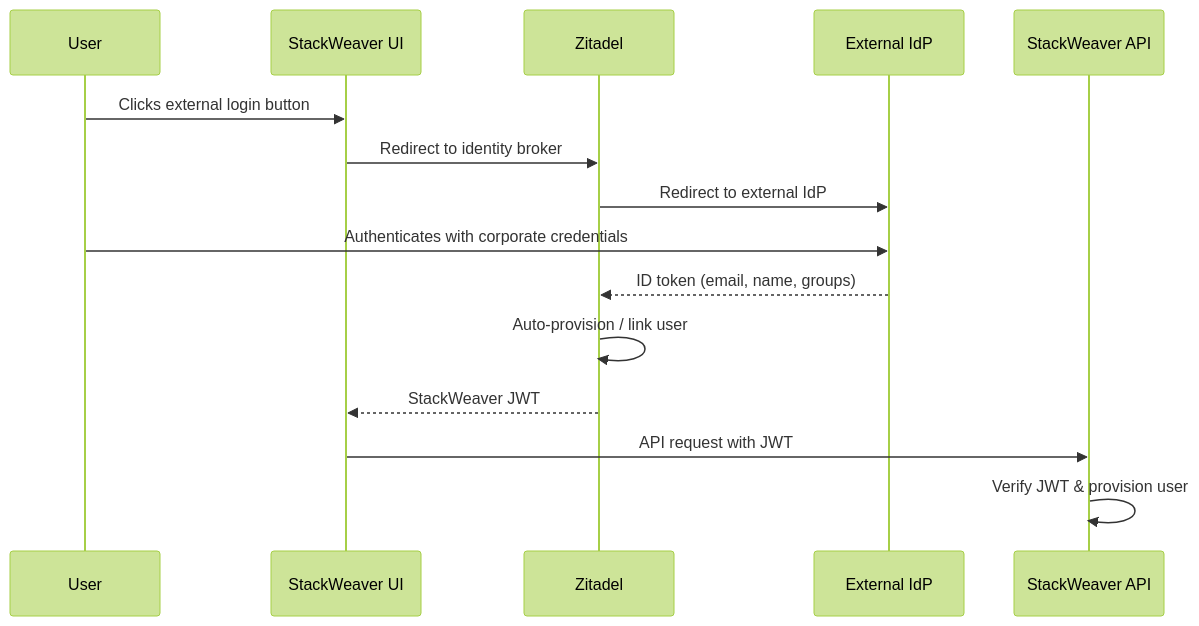
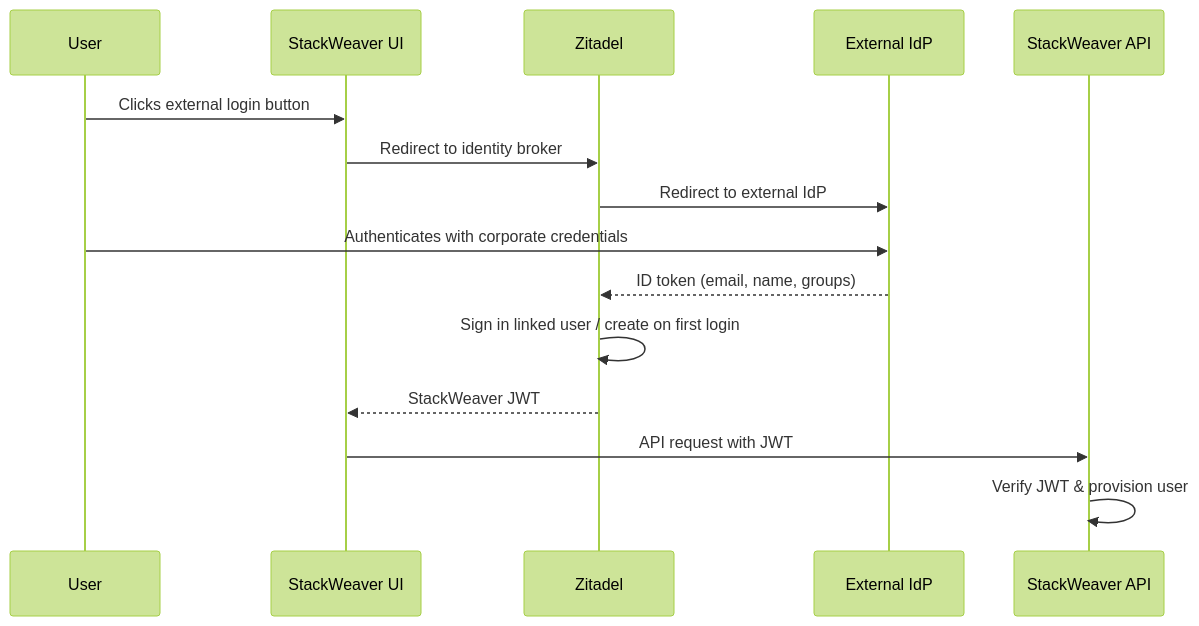
One commit to vhco-pro/stackweaver-frontend changed the diagram in docs/user-guides/sso/README.md. Above: the diagram before and after it, drawn with Mermaid (forest theme). The commit also changed other lines of this file and 30 other files, not shown here.

````diff
--- a/docs/user-guides/sso/README.md
+++ b/docs/user-guides/sso/README.md
@@ -17,18 +17,18 @@
 ```mermaid
 sequenceDiagram
     participant User
     participant StackWeaver as StackWeaver UI
     participant Zitadel
     participant IdP as External IdP
     participant API as StackWeaver API
 
     User->>StackWeaver: Clicks external login button
     StackWeaver->>Zitadel: Redirect to identity broker
     Zitadel->>IdP: Redirect to external IdP
     User->>IdP: Authenticates with corporate credentials
     IdP-->>Zitadel: ID token (email, name, groups)
-    Zitadel->>Zitadel: Auto-provision / link user
+    Zitadel->>Zitadel: Sign in linked user / create on first login
     Zitadel-->>StackWeaver: StackWeaver JWT
     StackWeaver->>API: API request with JWT
     API->>API: Verify JWT & provision user
 ```
````
